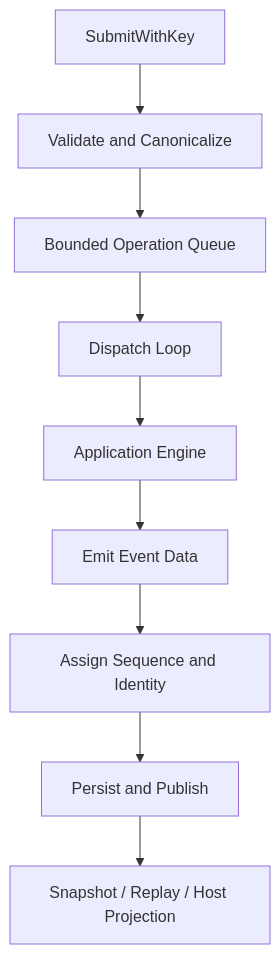
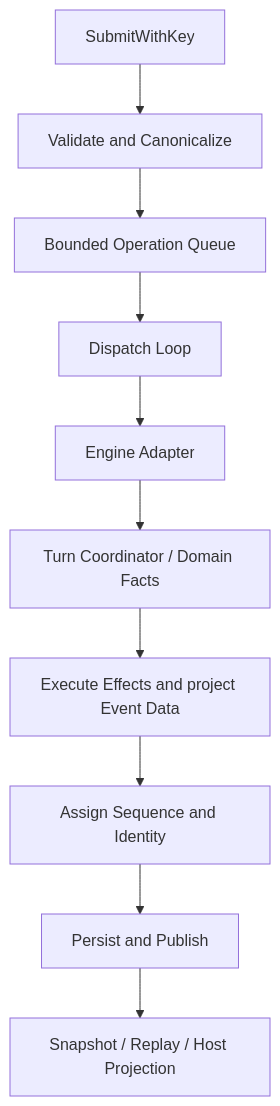
The diagram in docs/book/en/03-runtime-kernel/02-application-runtime.md (fwtllh-png/CodeHelper), drawn with Mermaid before and after one commit. The commit also changed other lines of this file and 14 other files, not shown here.

````diff
--- a/docs/book/en/03-runtime-kernel/02-application-runtime.md
+++ b/docs/book/en/03-runtime-kernel/02-application-runtime.md
@@ -71,11 +75,12 @@
 ```mermaid
 flowchart TD
     S[SubmitWithKey] --> V[Validate and Canonicalize]
     V --> Q[Bounded Operation Queue]
     Q --> D[Dispatch Loop]
-    D --> E[Application Engine]
-    E --> M[Emit Event Data]
+    D --> E[Engine Adapter]
+    E --> K[Turn Coordinator / Domain Facts]
+    K --> M[Execute Effects and project Event Data]
     M --> N[Assign Sequence and Identity]
     N --> P[Persist and Publish]
     P --> X[Snapshot / Replay / Host Projection]
 ```
````
